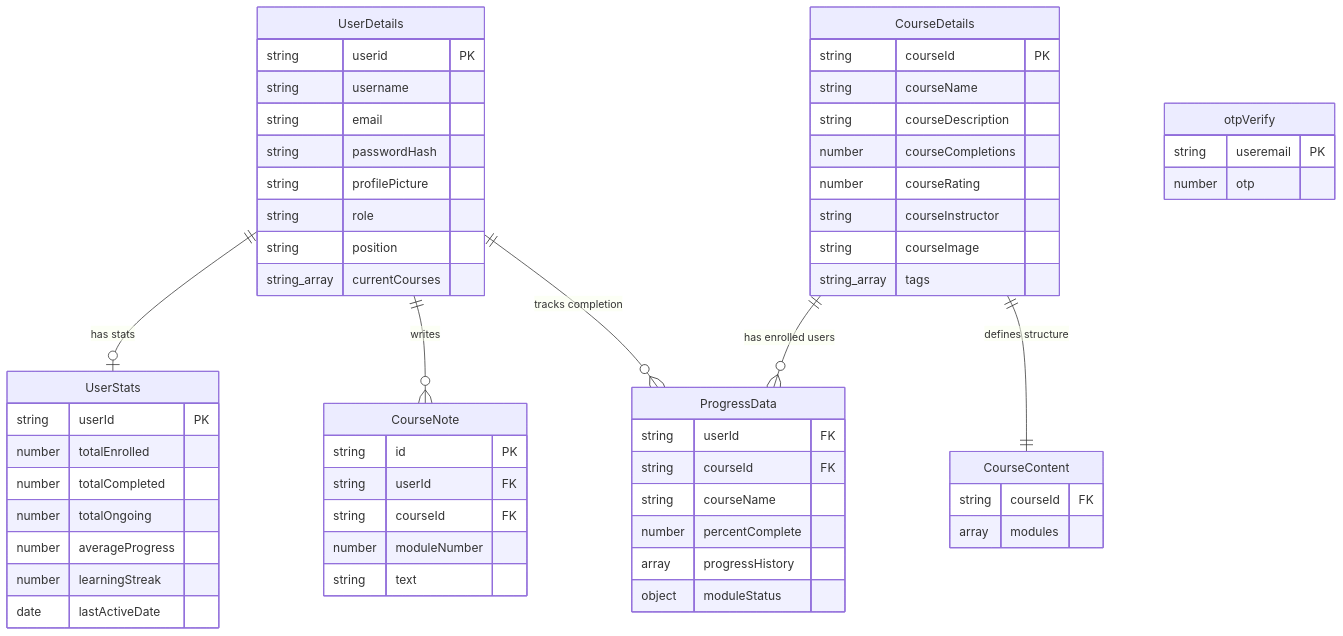
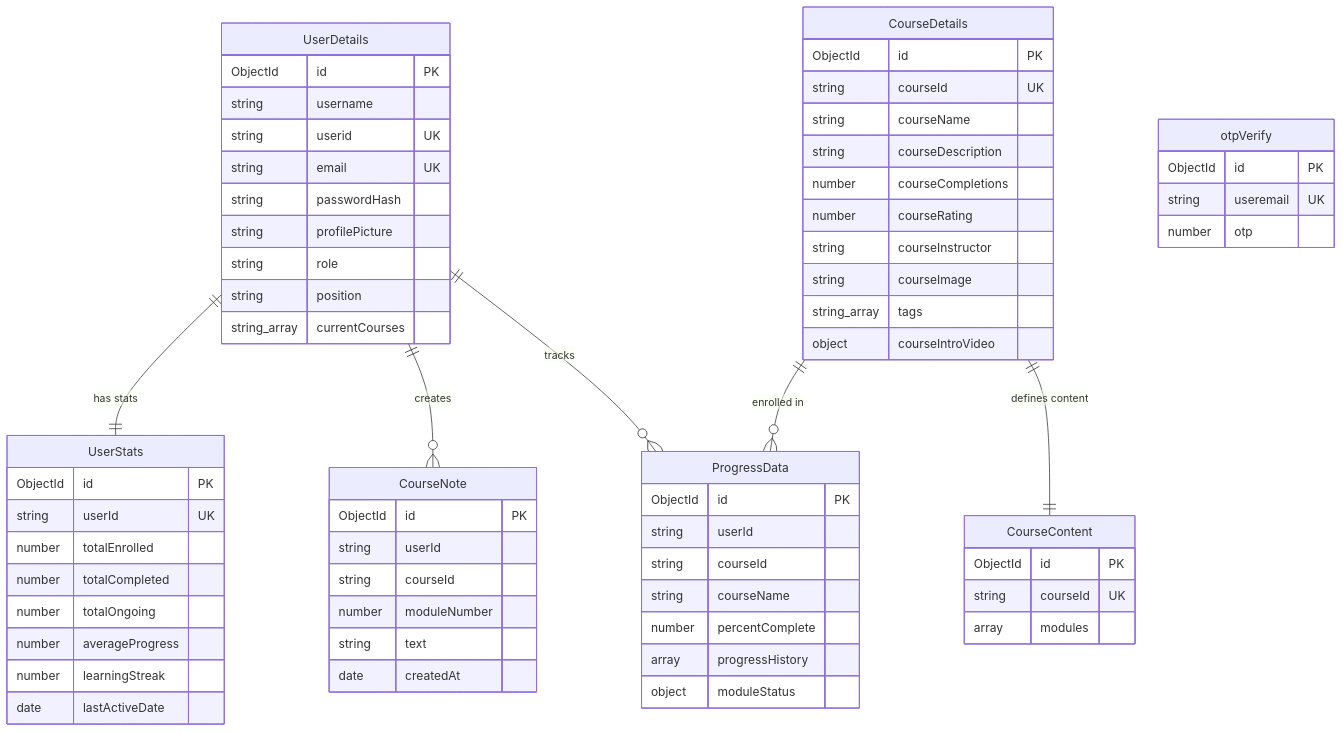
Before and after one commit to abdul8704/EduTrack: the second of 4 diagrams in architecture.md, drawn with Mermaid. The commit also changed other lines of this file, not shown here.

Commit message:
docs: update system architecture and technical documentation

````diff
--- a/architecture.md
+++ b/architecture.md
@@ -112,67 +147,75 @@
 ```mermaid
 erDiagram
     UserDetails {
-        string userid PK
+        ObjectId id PK
         string username
-        string email
+        string userid UK
+        string email UK
         string passwordHash
         string profilePicture
         string role
         string position
         string_array currentCourses
     }
 
     CourseDetails {
-        string courseId PK
+        ObjectId id PK
+        string courseId UK
         string courseName
         string courseDescription
         number courseCompletions
         number courseRating
         string courseInstructor
         string courseImage
         string_array tags
+        object courseIntroVideo
     }
 
     CourseContent {
-        string courseId FK
+        ObjectId id PK
+        string courseId UK
         array modules
     }
 
     ProgressData {
-        string userId FK
-        string courseId FK
+        ObjectId id PK
+        string userId
+        string courseId
         string courseName
         number percentComplete
         array progressHistory
         object moduleStatus
     }
 
     CourseNote {
-        string id PK
-        string userId FK
-        string courseId FK
+        ObjectId id PK
+        string userId
+        string courseId
         number moduleNumber
         string text
+        date createdAt
     }
 
     UserStats {
-        string userId PK
+        ObjectId id PK
+        string userId UK
         number totalEnrolled
         number totalCompleted
         number totalOngoing
         number averageProgress
         number learningStreak
         date lastActiveDate
     }
 
     otpVerify {
-        string useremail PK
+        ObjectId id PK
+        string useremail UK
         number otp
     }
 
-    UserDetails ||--o{ ProgressData : "tracks completion"
-    CourseDetails ||--|| CourseContent : "defines structure"
-    UserDetails ||--o{ CourseNote : "writes"
-    CourseDetails ||--o{ ProgressData : "has enrolled users"
-    UserDetails ||--o| UserStats : "has stats"
+    UserDetails ||--o{ ProgressData : "tracks"
+    CourseDetails ||--|| CourseContent : "defines content"
+    CourseDetails ||--o{ ProgressData : "enrolled in"
+    UserDetails ||--o{ CourseNote : "creates"
+    UserDetails ||--|| UserStats : "has stats"
 ```
````
